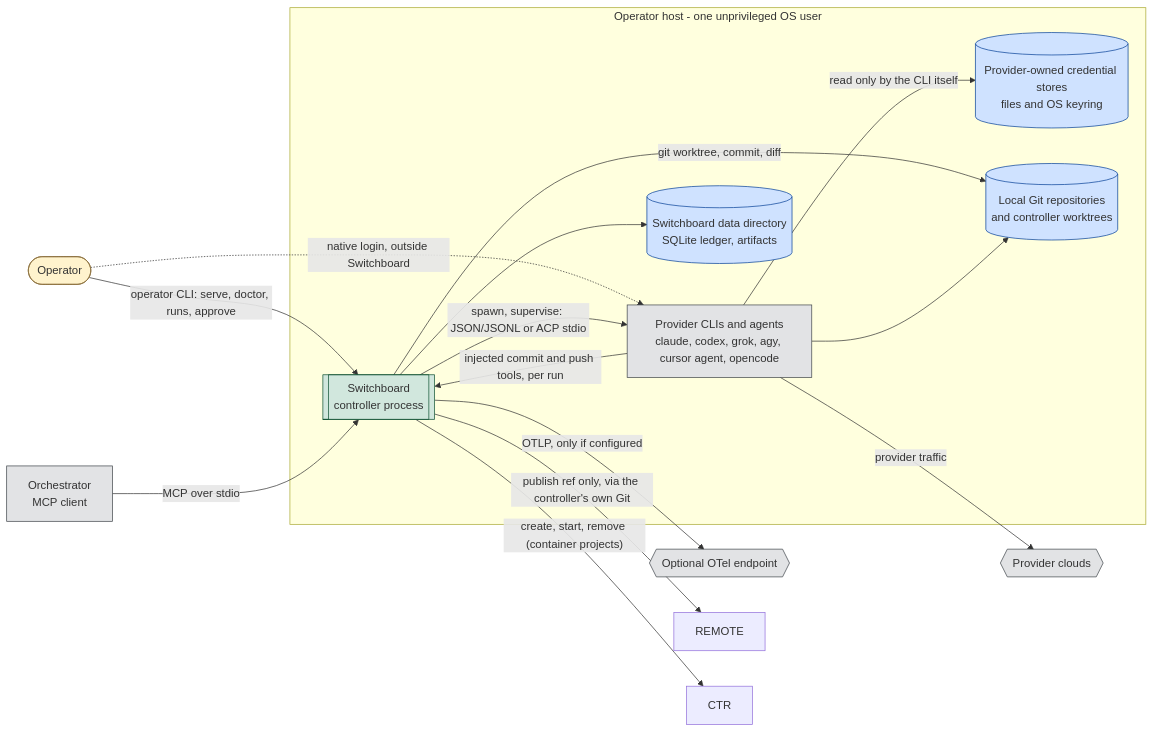
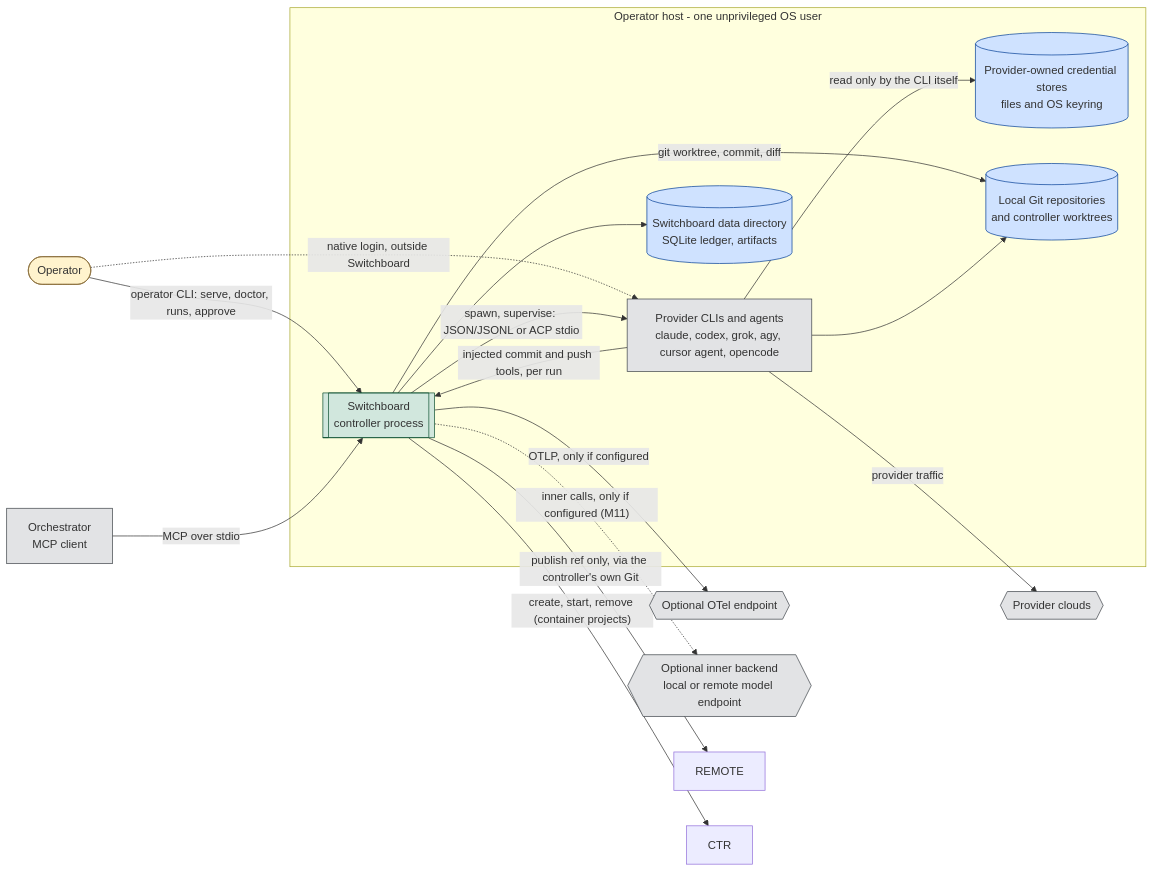
One commit to zemdregon/switchboard changed the first of 8 diagrams in docs/design/HLD.md. Above: the diagram before and after it, drawn with Mermaid. The commit also changed other lines of this file and 11 other files, not shown here.

````diff
--- a/docs/design/HLD.md
+++ b/docs/design/HLD.md
@@ -21,33 +21,35 @@
 ```mermaid
 flowchart LR
     OP([Operator]):::actor
     ORCH[Orchestrator<br/>MCP client]:::ext
     subgraph HOST[Operator host - one unprivileged OS user]
         SB[[Switchboard<br/>controller process]]:::sys
         CLI[Provider CLIs and agents<br/>claude, codex, grok, agy, cursor agent, opencode]:::ext
         CRED[(Provider-owned credential stores<br/>files and OS keyring)]:::store
         REPO[(Local Git repositories<br/>and controller worktrees)]:::store
         DATA[(Switchboard data directory<br/>SQLite ledger, artifacts)]:::store
     end
     CLOUD{{Provider clouds}}:::ext
     OTEL{{Optional OTel endpoint}}:::ext
+    INNER{{Optional inner backend<br/>local or remote model endpoint}}:::ext
 
     OP -- "operator CLI: serve, doctor, runs, approve" --> SB
     OP -. "native login, outside Switchboard" .-> CLI
     ORCH -- "MCP over stdio" --> SB
     SB -- "spawn, supervise: JSON/JSONL or ACP stdio" --> CLI
     SB -- "git worktree, commit, diff" --> REPO
     SB --> DATA
     CLI -- "read only by the CLI itself" --> CRED
     CLI --> REPO
     CLI -- "provider traffic" --> CLOUD
     SB -- "OTLP, only if configured" --> OTEL
+    SB -. "inner calls, only if configured (M11)" .-> INNER
     SB -- "publish ref only, via the controller's own Git" --> REMOTE
     SB -- "create, start, remove (container projects)" --> CTR
     CLI -- "injected commit and push tools, per run" --> SB
 
     classDef actor fill:#fff3cd,stroke:#8a6d3b
     classDef sys fill:#d1e7dd,stroke:#0f5132
     classDef ext fill:#e2e3e5,stroke:#41464b
     classDef store fill:#cfe2ff,stroke:#084298
 ```
````
